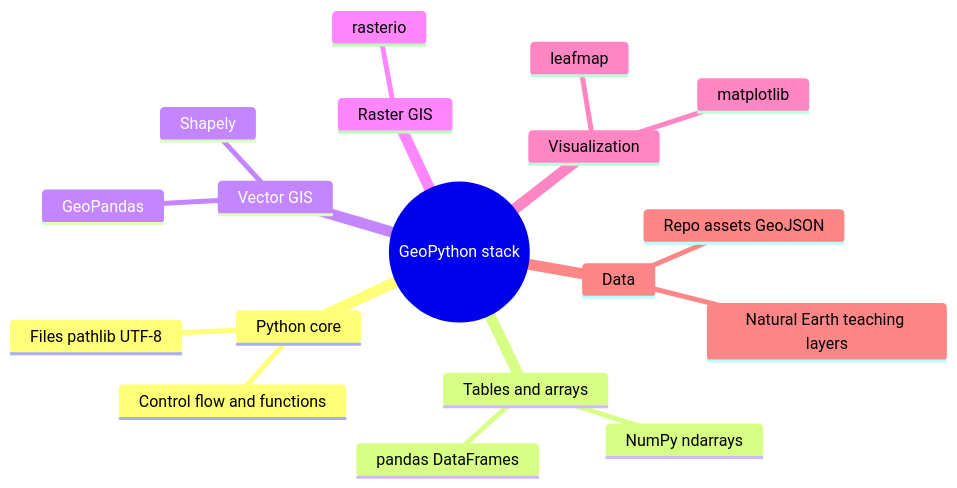
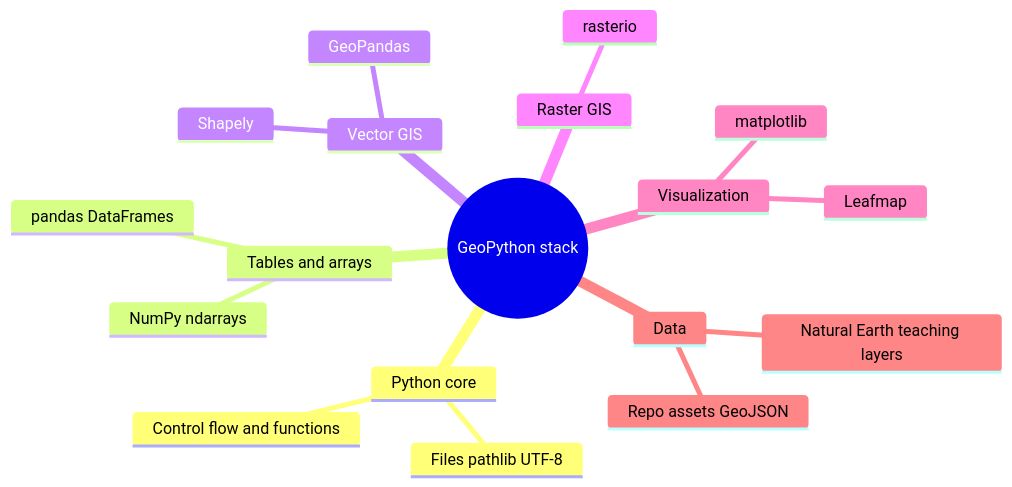
One commit to Rotten-Grapes-Pvt-Ltd/Geopython-101 changed the second of 2 diagrams in docs/index.md. Above: the diagram before and after it, drawn with Mermaid. The commit also changed other lines of this file and 4 other files, not shown here.

````diff
--- a/docs/index.md
+++ b/docs/index.md
@@ -120,21 +122,21 @@
 ```mermaid
 mindmap
   root((GeoPython stack))
     Python core
       Control flow and functions
       Files pathlib UTF-8
     Tables and arrays
       pandas DataFrames
       NumPy ndarrays
     Vector GIS
       GeoPandas
       Shapely
     Raster GIS
       rasterio
     Visualization
       matplotlib
-      leafmap
+      Leafmap
     Data
       Repo assets GeoJSON
       Natural Earth teaching layers
 ```
````
